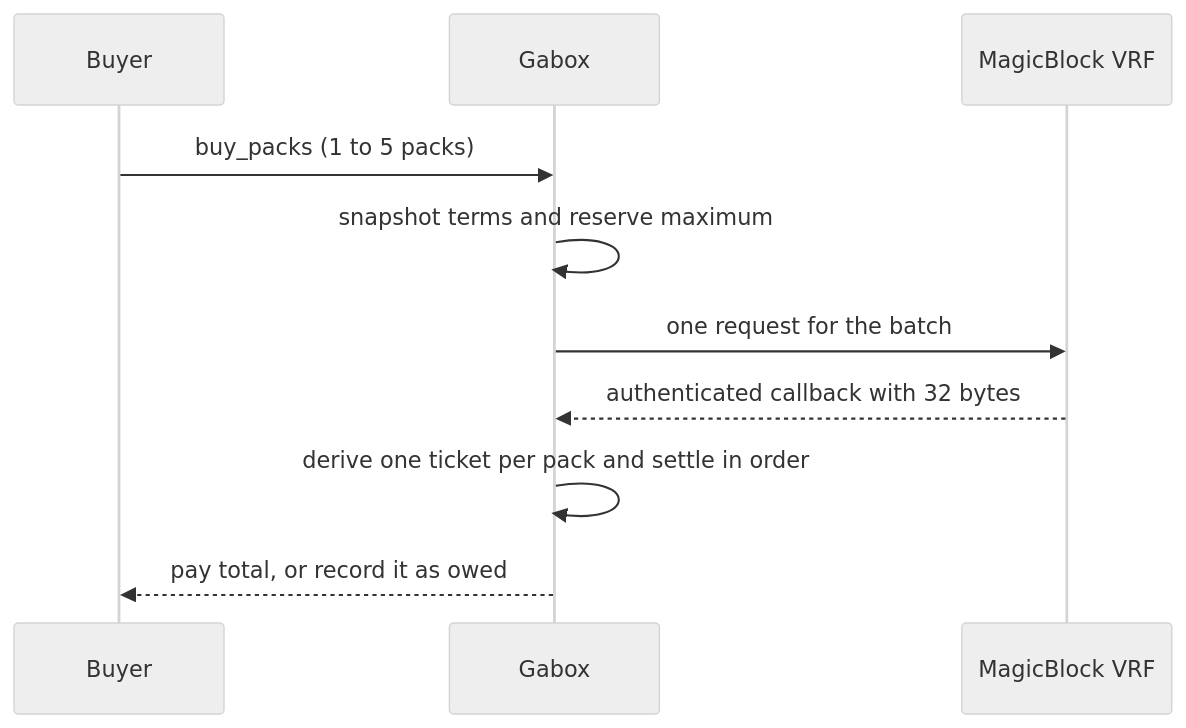
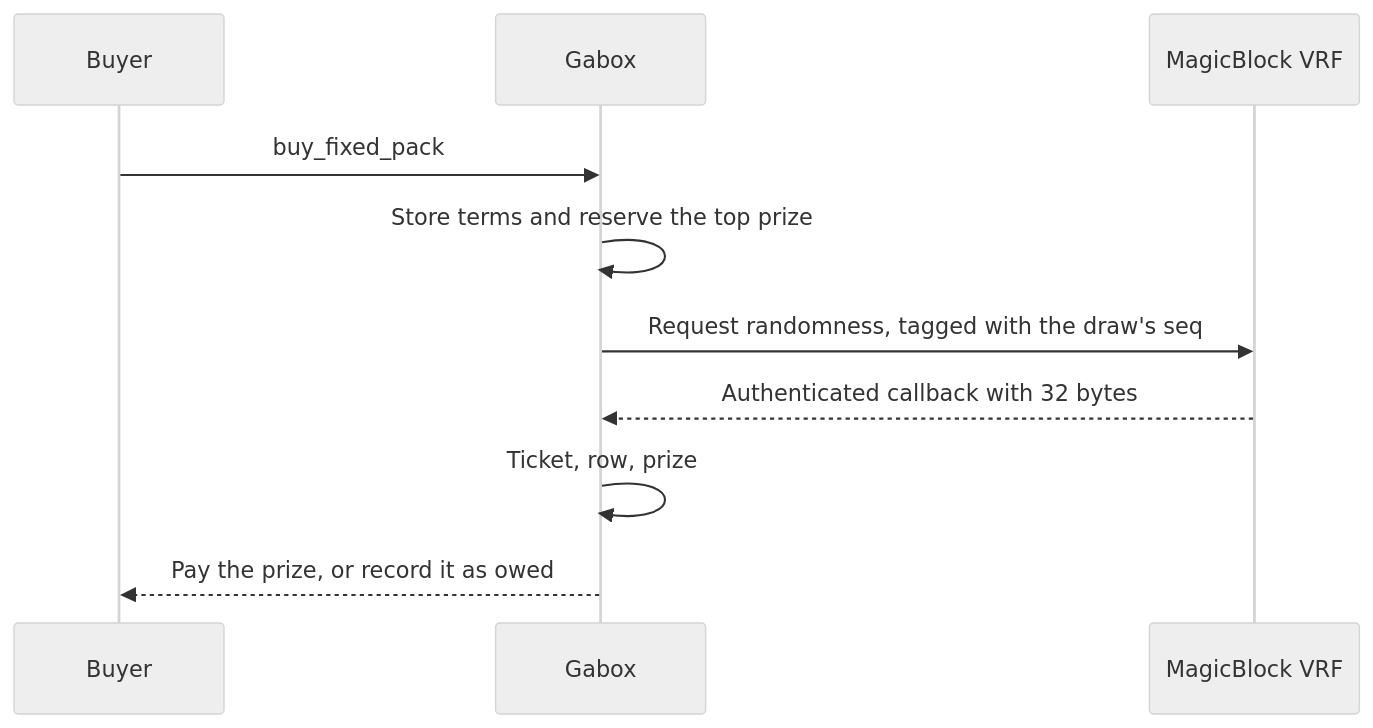
Before and after one commit to gabox-labs/docs: the diagram in provable-fairness.mdx, drawn with Mermaid (neutral theme). The commit also changed other lines of this file and 24 other files, not shown here.

First line of the commit message:
Rewrite the docs for fixed USDC packs and add the Mega Pack

````diff
--- a/provable-fairness.mdx
+++ b/provable-fairness.mdx
@@ -9,12 +9,12 @@
 ```mermaid
 sequenceDiagram
   participant Buyer
   participant Gabox
   participant VRF as MagicBlock VRF
-  Buyer->>Gabox: buy_packs (1 to 5 packs)
-  Gabox->>Gabox: snapshot terms and reserve maximum
-  Gabox->>VRF: one request for the batch
-  VRF-->>Gabox: authenticated callback with 32 bytes
-  Gabox->>Gabox: derive one ticket per pack and settle in order
-  Gabox-->>Buyer: pay total, or record it as owed
+  Buyer->>Gabox: buy_fixed_pack
+  Gabox->>Gabox: Store terms and reserve the top prize
+  Gabox->>VRF: Request randomness, tagged with the draw's seq
+  VRF-->>Gabox: Authenticated callback with 32 bytes
+  Gabox->>Gabox: Ticket, row, prize
+  Gabox-->>Buyer: Pay the prize, or record it as owed
 ```
````
